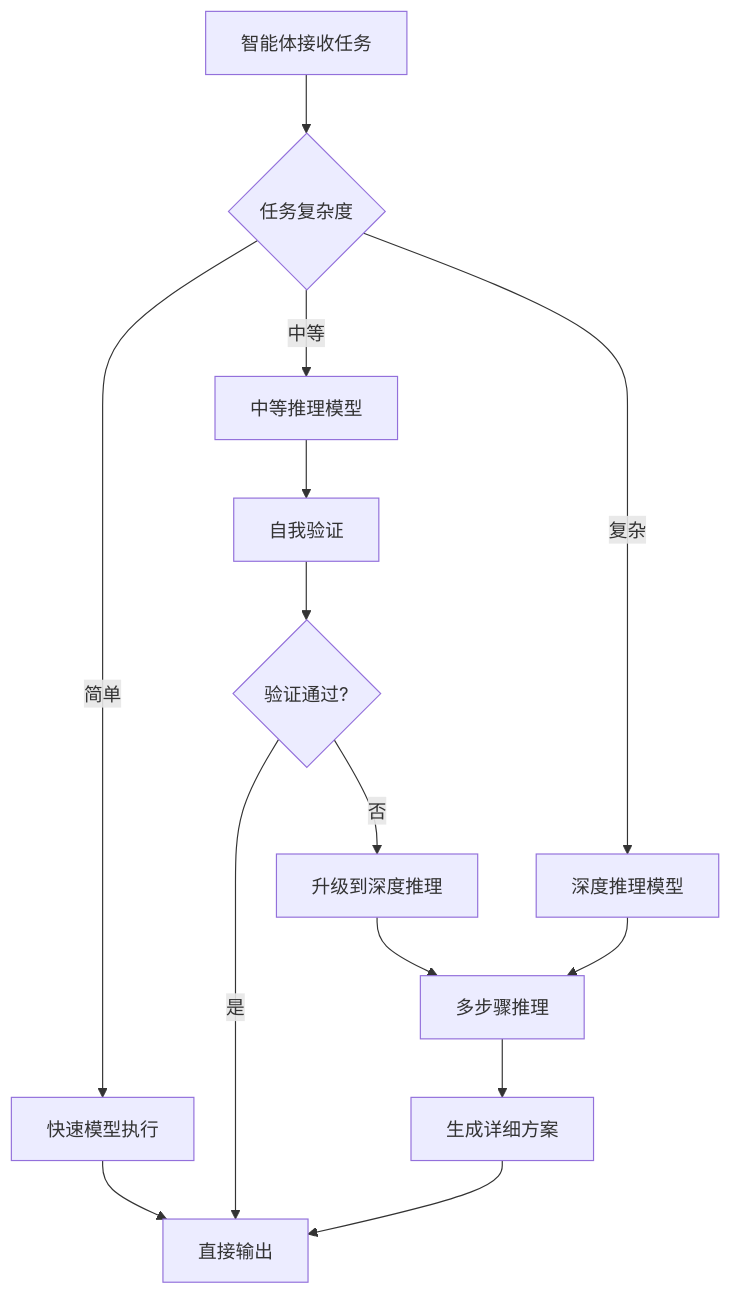
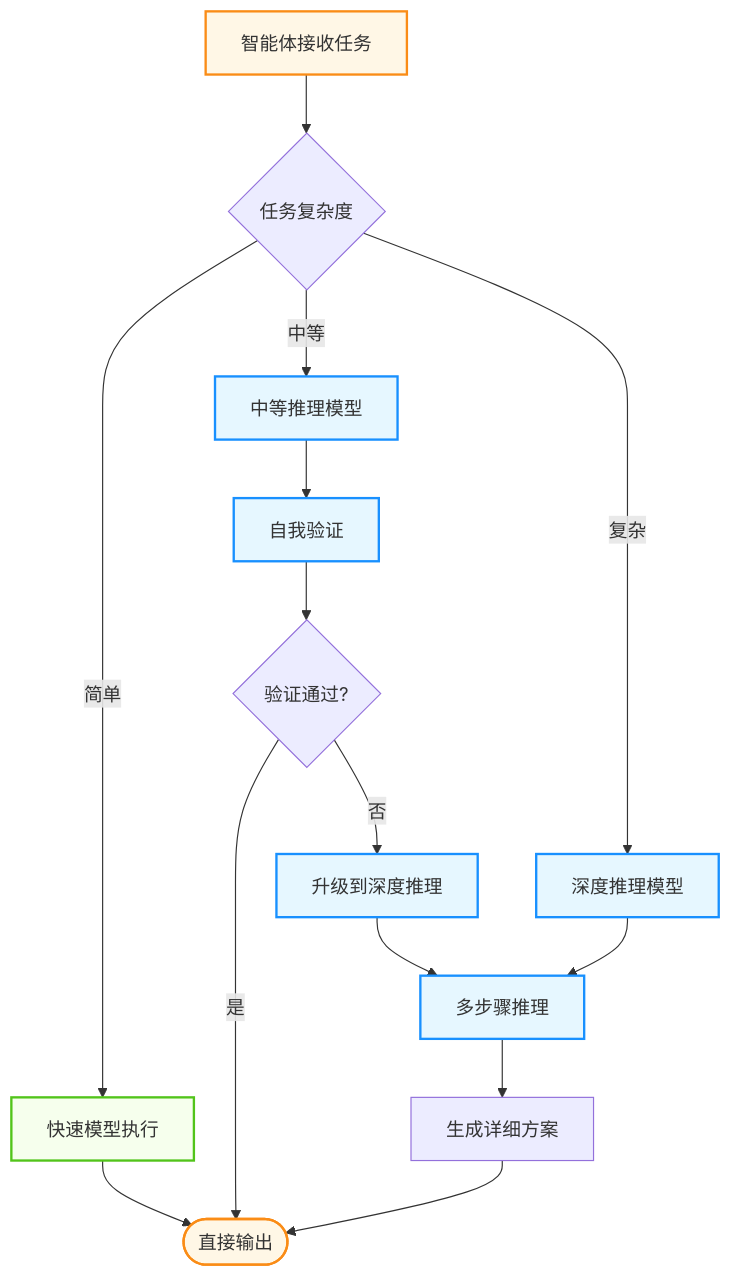
The fourth of 4 diagrams in 07_evolution/7.5_reasoning.md (yeasy/agentic_ai_guide), drawn with Mermaid before and after one commit. The commit also changed other lines of this file and 36 other files, not shown here.

````diff
--- a/07_evolution/7.5_reasoning.md
+++ b/07_evolution/7.5_reasoning.md
@@ -404,20 +431,31 @@
 ```mermaid
 flowchart TD
+    %% Agentic Design System
+    classDef user fill:#fff7e6,stroke:#fa8c16,stroke-width:2px;
+    classDef agent fill:#e6f7ff,stroke:#1890ff,stroke-width:2px;
+    classDef tool fill:#f6ffed,stroke:#52c41a,stroke-width:2px;
+
     a["智能体接收任务"] --> b{任务复杂度}
     b -->|简单| c["快速模型执行"]
     b -->|中等| d["中等推理模型"]
     b -->|复杂| e["深度推理模型"]
     
-    c --> f["直接输出"]
+    c --> f(["直接输出"])
     d --> g["自我验证"]
     e --> h["多步骤推理"]
     
     g --> i{验证通过?}
     h --> j["生成详细方案"]
     
     i -->|是| f
     i -->|否| k["升级到深度推理"]
     
     k --> h
     j --> f
+    
+    class a user;
+    class c tool;
+    class d,e,g,h agent;
+    class f user;
+    class k agent;
 ```
````
